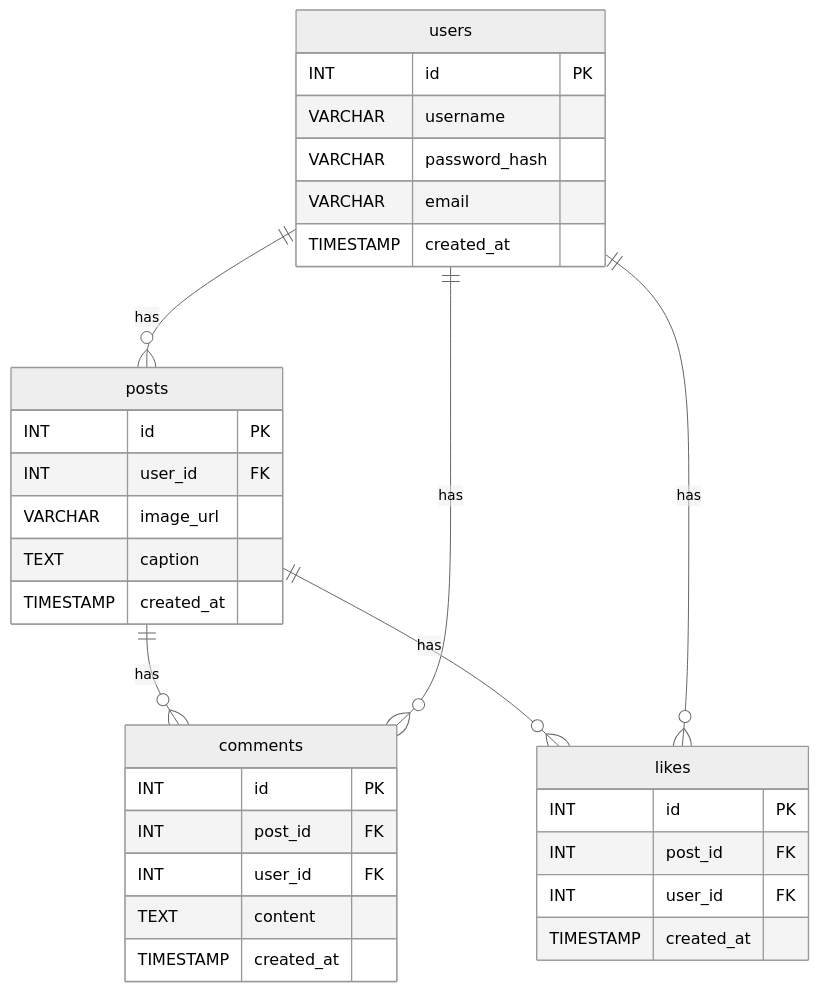
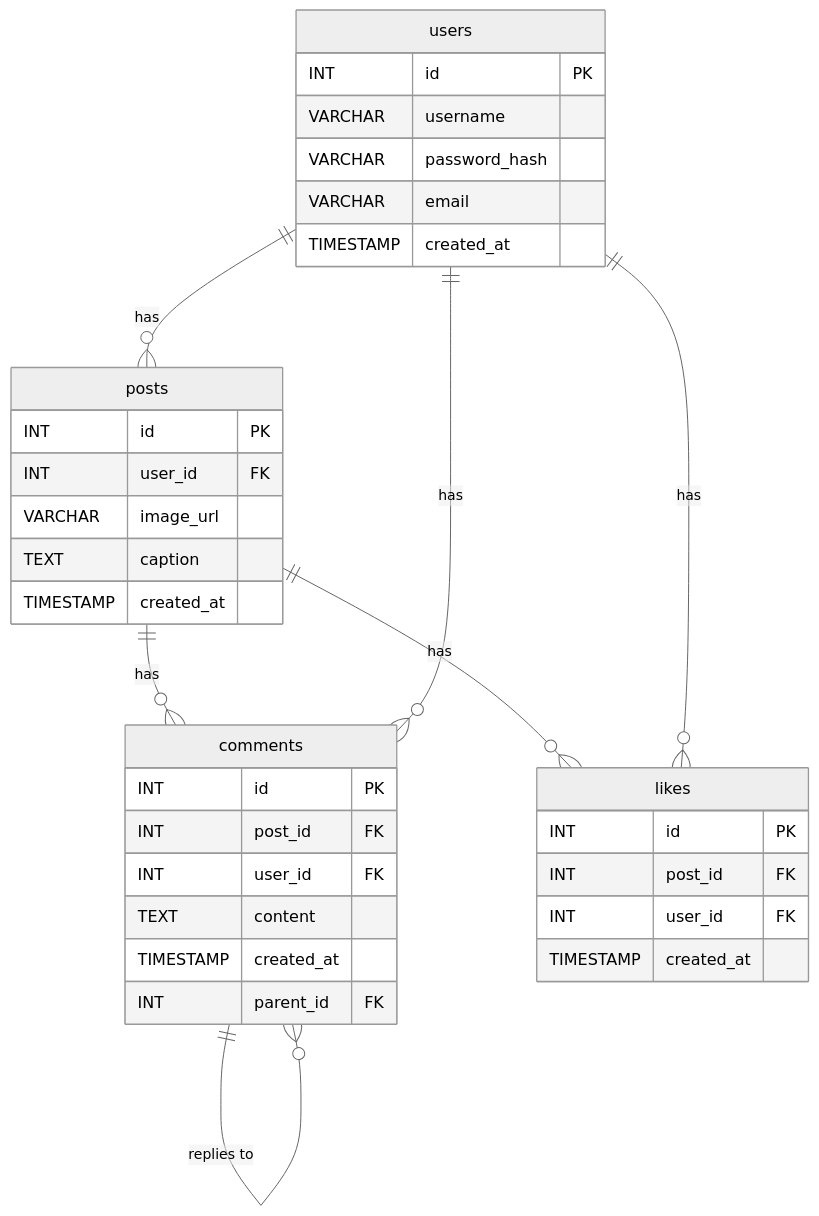
The diagram in docs/er-diagram.md (iinitz/ig-clone), drawn with Mermaid (neutral theme) before and after one commit. The commit also changed 18 other files, not shown here.

````diff
--- a/docs/er-diagram.md
+++ b/docs/er-diagram.md
@@ -1,39 +1,41 @@
 ```mermaid
 erDiagram
     users {
         INT id PK
         VARCHAR username
         VARCHAR password_hash
         VARCHAR email
         TIMESTAMP created_at
     }
 
     posts {
         INT id PK
         INT user_id FK
         VARCHAR image_url
         TEXT caption
         TIMESTAMP created_at
     }
 
     comments {
         INT id PK
         INT post_id FK
         INT user_id FK
         TEXT content
         TIMESTAMP created_at
+        INT parent_id FK
     }
 
     likes {
         INT id PK
         INT post_id FK
         INT user_id FK
         TIMESTAMP created_at
     }
 
     users ||--o{ posts : "has"
     posts ||--o{ comments : "has"
     posts ||--o{ likes : "has"
     users ||--o{ comments : "has"
     users ||--o{ likes : "has"
+    comments ||--o{ comments : "replies to" 
 ```
````
